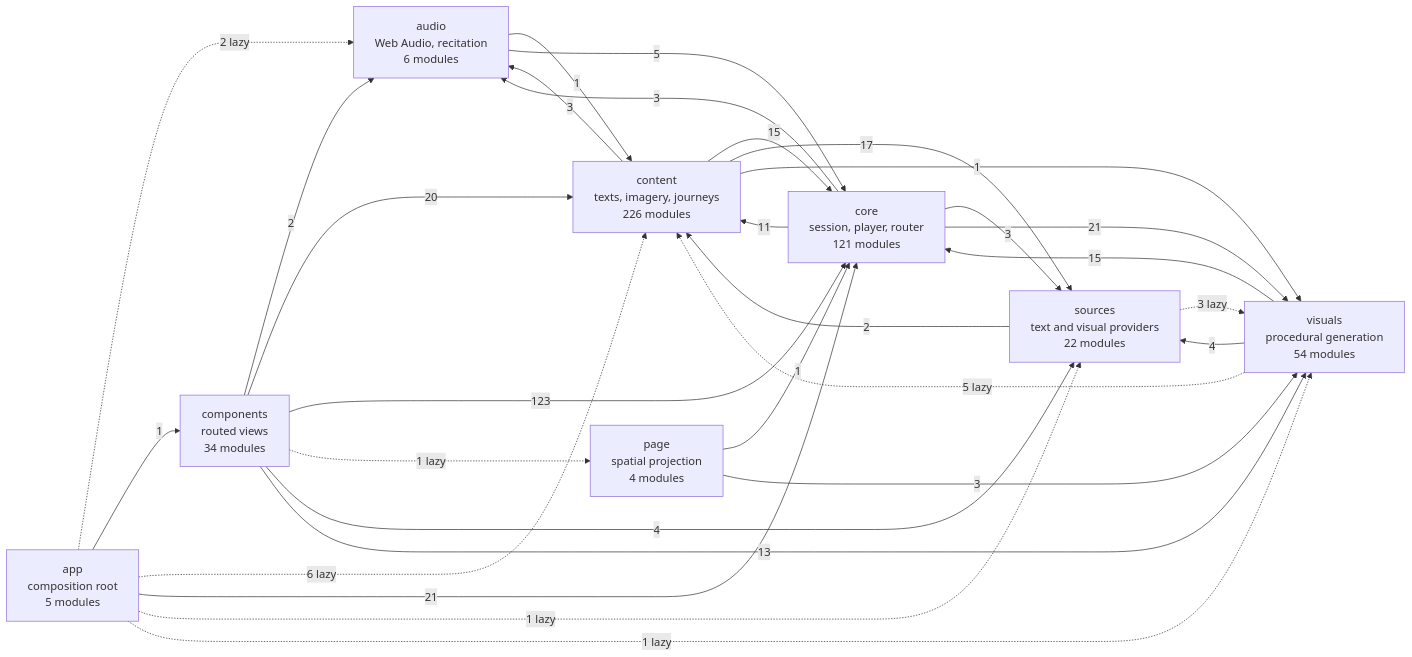
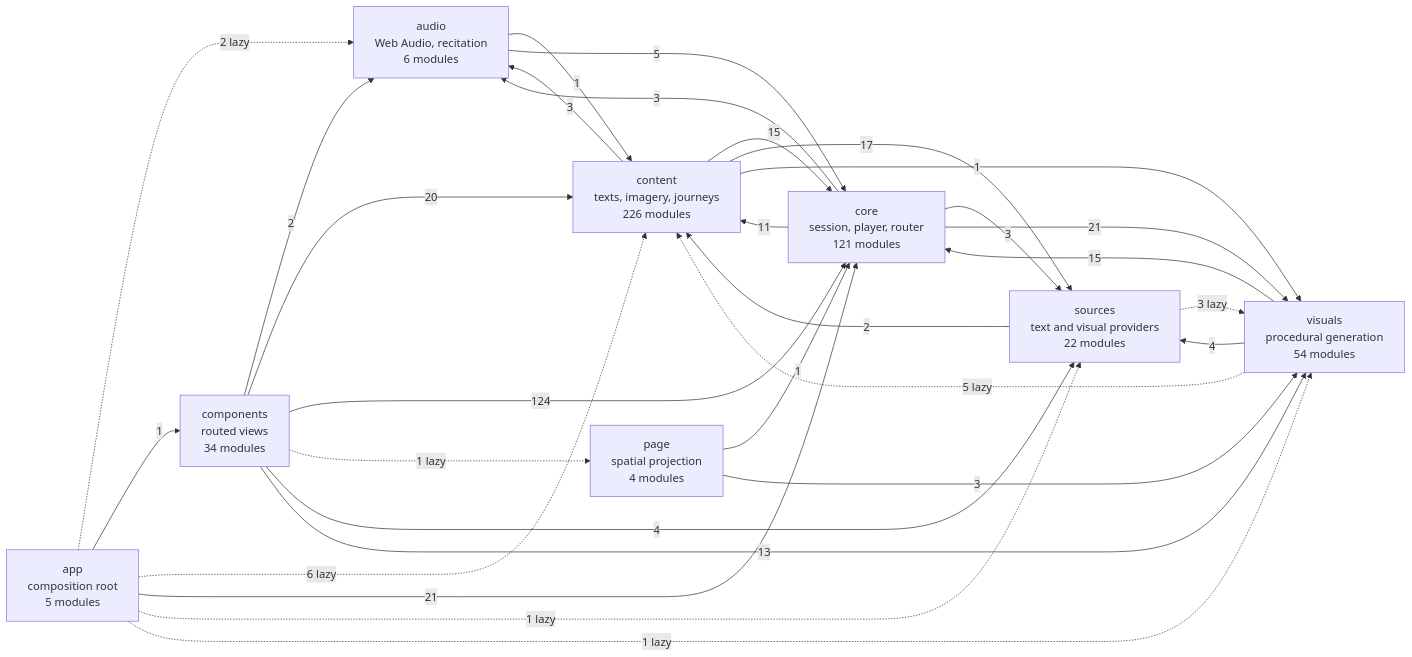
The diagram in docs/specs/ARCHITECTURE.md (SyberLabs/RISE), drawn with Mermaid before and after one commit. The commit also changed 3 other files, not shown here.

````diff
--- a/docs/specs/ARCHITECTURE.md
+++ b/docs/specs/ARCHITECTURE.md
@@ -149,41 +149,41 @@
 ```mermaid
 flowchart LR
     app["app<br/>composition root<br/>5 modules"]
     audio["audio<br/>Web Audio, recitation<br/>6 modules"]
     components["components<br/>routed views<br/>34 modules"]
     content["content<br/>texts, imagery, journeys<br/>226 modules"]
     core["core<br/>session, player, router<br/>121 modules"]
     page["page<br/>spatial projection<br/>4 modules"]
     sources["sources<br/>text and visual providers<br/>22 modules"]
     visuals["visuals<br/>procedural generation<br/>54 modules"]
 
     app -.-> |2 lazy| audio
     app --> |1| components
     app -.-> |6 lazy| content
     app --> |21| core
     app -.-> |1 lazy| sources
     app -.-> |1 lazy| visuals
     audio --> |1| content
     audio --> |5| core
     components --> |2| audio
     components --> |20| content
-    components --> |123| core
+    components --> |124| core
     components -.-> |1 lazy| page
     components --> |4| sources
     components --> |13| visuals
     content --> |3| audio
     content --> |15| core
     content --> |17| sources
     content --> |1| visuals
     core --> |3| audio
     core --> |11| content
     core --> |3| sources
     core --> |21| visuals
     page --> |1| core
     page --> |3| visuals
     sources --> |2| content
     sources -.-> |3 lazy| visuals
     visuals -.-> |5 lazy| content
     visuals --> |15| core
     visuals --> |4| sources
 ```
````
